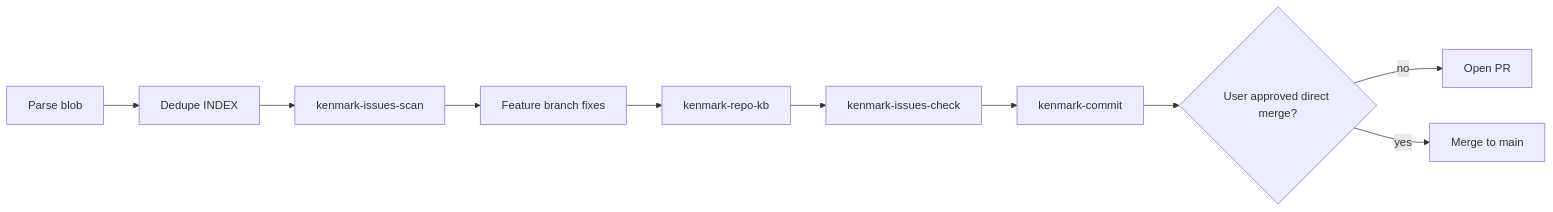
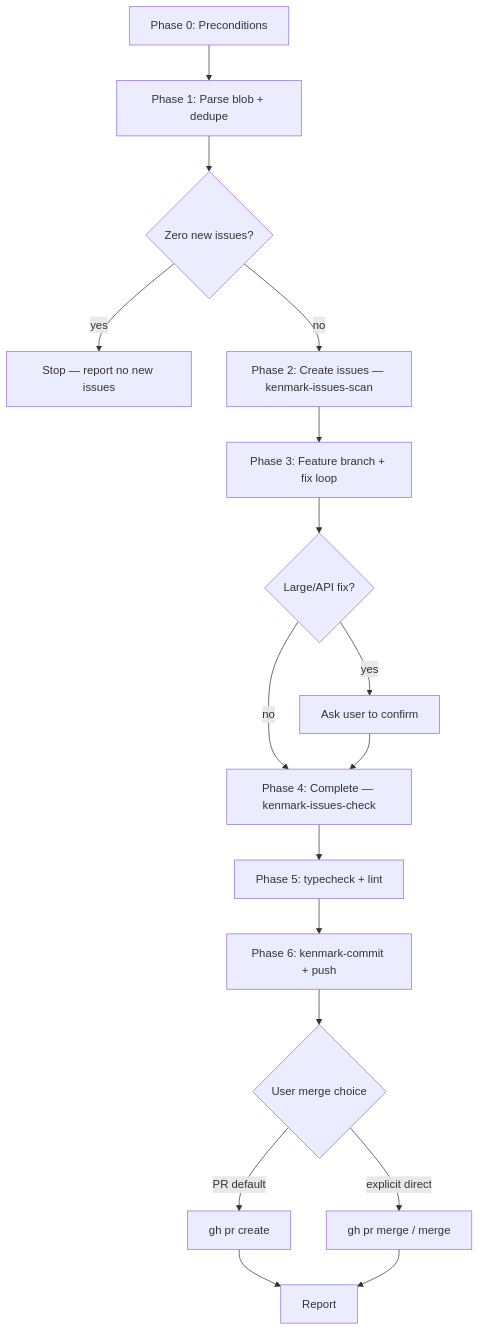
The diagram in skills/user-skills/kenmark-issues-fix-and-ship/references/workflow.md (tanoojmehra/kenmark-skills), drawn with Mermaid before and after one commit. The commit also changed other lines of this file and 2 other files, not shown here.

First line of the commit message:
chore(skills): harden kenmark-issues-fix-and-ship orchestrator

````diff
--- a/skills/user-skills/kenmark-issues-fix-and-ship/references/workflow.md
+++ b/skills/user-skills/kenmark-issues-fix-and-ship/references/workflow.md
@@ -5,12 +7,19 @@
 ```mermaid
-flowchart LR
-  A[Parse blob] --> B[Dedupe INDEX]
-  B --> C[kenmark-issues-scan]
-  C --> D[Feature branch fixes]
-  D --> E[kenmark-repo-kb]
-  E --> F[kenmark-issues-check]
-  F --> G[kenmark-commit]
-  G --> H{User approved direct merge?}
-  H -->|no| I[Open PR]
-  H -->|yes| J[Merge to main]
+flowchart TD
+  A[Phase 0: Preconditions] --> B[Phase 1: Parse blob + dedupe]
+  B --> C{Zero new issues?}
+  C -->|yes| Z[Stop — report no new issues]
+  C -->|no| D[Phase 2: Create issues — kenmark-issues-scan]
+  D --> E[Phase 3: Feature branch + fix loop]
+  E --> F{Large/API fix?}
+  F -->|yes| G[Ask user to confirm]
+  F -->|no| H[Phase 4: Complete — kenmark-issues-check]
+  G --> H
+  H --> I[Phase 5: typecheck + lint]
+  I --> J[Phase 6: kenmark-commit + push]
+  J --> K{User merge choice}
+  K -->|PR default| L[gh pr create]
+  K -->|explicit direct| M[gh pr merge / merge]
+  L --> N[Report]
+  M --> N
 ```
````
